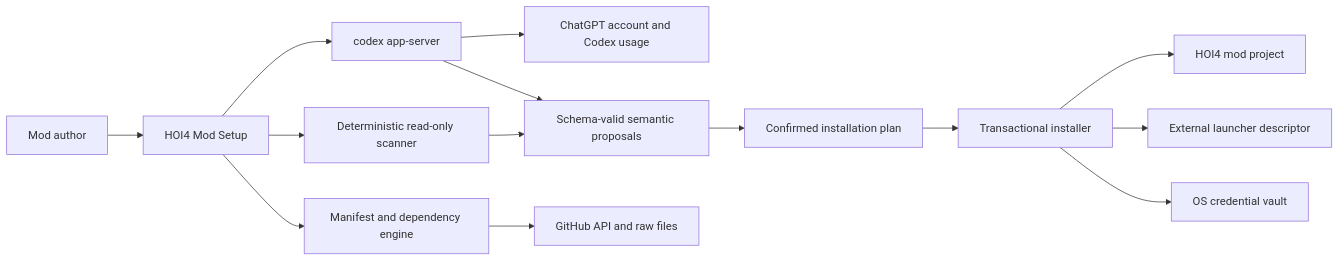
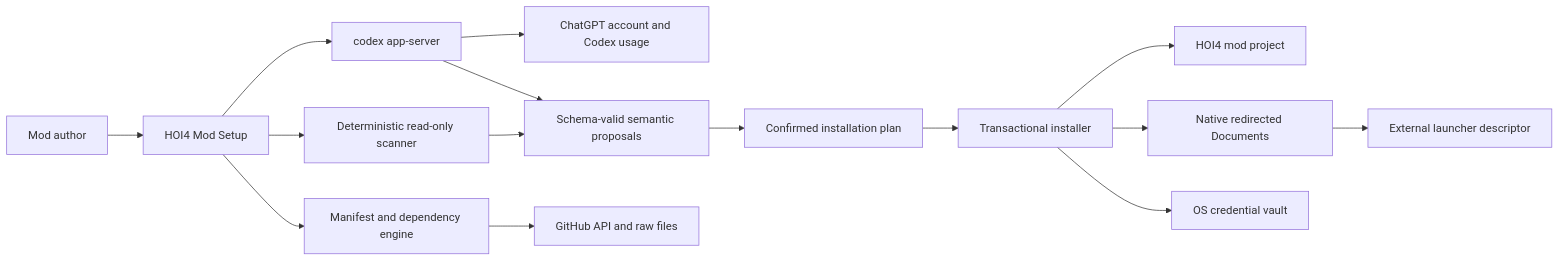
One commit to klimPaskov/HOI4-Mod-Setup changed the first of 4 diagrams in docs/19_mermaid_diagrams.md. Above: the diagram before and after it, drawn with Mermaid. The commit also changed other lines of this file and 345 other files, not shown here.

````diff
--- a/docs/19_mermaid_diagrams.md
+++ b/docs/19_mermaid_diagrams.md
@@ -7,16 +7,17 @@
 ```mermaid
 flowchart LR
   U[Mod author] --> UI[HOI4 Mod Setup]
   UI --> APP[codex app-server]
   APP --> CHATGPT[ChatGPT account and Codex usage]
   UI --> SCAN[Deterministic read-only scanner]
   SCAN --> REVIEW[Detected facts]
   APP --> REVIEW[Schema-valid semantic proposals]
   REVIEW --> PLAN[Confirmed installation plan]
   PLAN --> TX[Transactional installer]
   TX --> MOD[HOI4 mod project]
-  TX --> LAUNCHER[External launcher descriptor]
+  TX --> DOCS[Native redirected Documents]
+  DOCS --> LAUNCHER[External launcher descriptor]
   TX --> VAULT[OS credential vault]
   UI --> MAN[Manifest and dependency engine]
   MAN --> GH[GitHub API and raw files]
 ```
````
